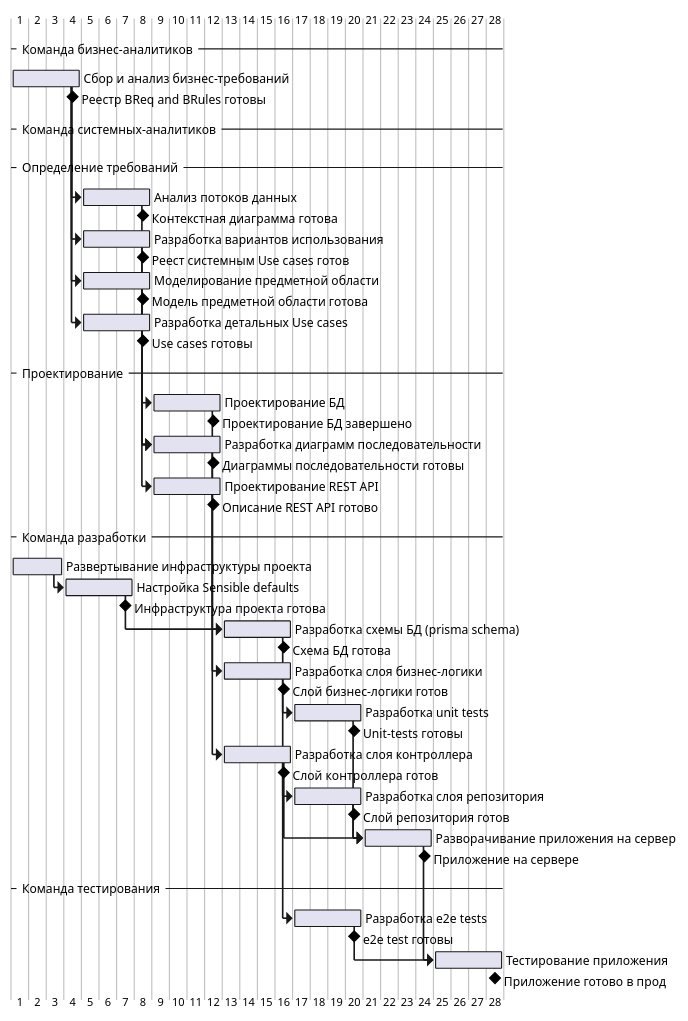
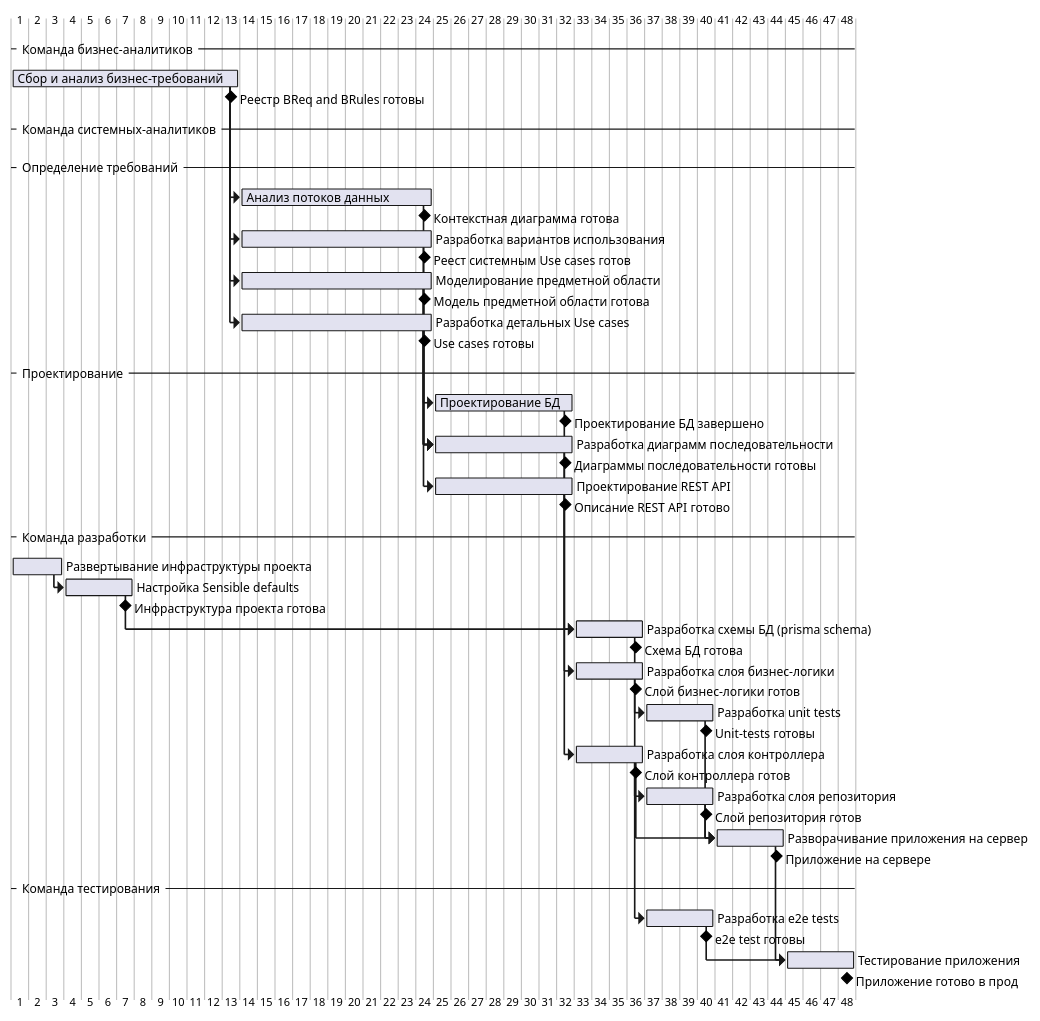
One commit to PortnovAlex80/node_js_pro changed the diagram in api-warehouse/diagrams/ganttflow.iuml. Above: the diagram before and after it, drawn with PlantUML.

```diff
--- a/api-warehouse/diagrams/ganttflow.iuml
+++ b/api-warehouse/diagrams/ganttflow.iuml
@@ -1,90 +1,90 @@
 @startgantt
 language ru
 -- Команда бизнес-аналитиков --
-[Сбор и анализ бизнес-требований] lasts 4 days
+[Сбор и анализ бизнес-требований] lasts 13 days
 [Реестр BReq and BRules готовы] happens at [Сбор и анализ бизнес-требований]'s end
 
 -- Команда системных-аналитиков --
 -- Определение требований --
 
-[Анализ потоков данных] lasts 4 days
+[Анализ потоков данных] lasts 11 days
 [Анализ потоков данных] starts at [Сбор и анализ бизнес-требований]'s end
 [Контекстная диаграмма готова] happens at [Анализ потоков данных]'s end
 
 [Разработка вариантов использования] starts at [Сбор и анализ бизнес-требований]'s end
-[Разработка вариантов использования] lasts 4 days
+[Разработка вариантов использования] lasts 11 days
 [Реест системным Use cases готов] happens at [Разработка вариантов использования]'s end
 
 [Моделирование предметной области] starts at [Сбор и анализ бизнес-требований]'s end
-[Моделирование предметной области] lasts 4 days
+[Моделирование предметной области] lasts 11 days
 [Модель предметной области готова] happens at [Моделирование предметной области]'s end
 
 [Разработка детальных Use cases] starts at [Сбор и анализ бизнес-требований]'s end
-[Разработка детальных Use cases] lasts 4 days
+[Разработка детальных Use cases] lasts 11 days
 [Use cases готовы] happens at [Разработка детальных Use cases]'s end
 
 -- Проектирование --
 
 [Проектирование БД] starts at [Моделирование предметной области]'s end
-[Проектирование БД] lasts 4 days
+[Проектирование БД] lasts 8 days
 [Проектирование БД завершено] happens at [Проектирование БД]'s end
 
 [Разработка диаграмм последовательности] starts at [Анализ потоков данных]'s end
 [Разработка диаграмм последовательности] starts at [Разработка вариантов использования]'s end
 [Разработка диаграмм последовательности] starts at [Моделирование предметной области]'s end
 [Разработка диаграмм последовательности] starts at [Разработка детальных Use cases]'s end
-[Разработка диаграмм последовательности] lasts 4 days
+[Разработка диаграмм последовательности] lasts 8 days
 [Диаграммы последовательности готовы] happens at [Разработка диаграмм последовательности]'s end
 
 [Проектирование REST API] starts at [Разработка детальных Use cases]'s end
-[Проектирование REST API] lasts 4 days
+[Проектирование REST API] lasts 8 days
 [Описание REST API готово] happens at [Проектирование REST API]'s end
 
 
 -- Команда разработки --
 
 [Развертывание инфраструктуры проекта] lasts 3 days
 
 [Настройка Sensible defaults] starts at [Развертывание инфраструктуры проекта]'s end
 [Настройка Sensible defaults] lasts 4 days
 [Инфраструктура проекта готова] happens at [Настройка Sensible defaults]'s end
 
 [Разработка схемы БД (prisma schema)] starts at [Проектирование БД]'s end
 [Разработка схемы БД (prisma schema)] starts at [Настройка Sensible defaults]'s end
 [Разработка схемы БД (prisma schema)] lasts 4 days
 [Схема БД готова] happens at [Разработка схемы БД (prisma schema)]'s end
 
 [Разработка слоя бизнес-логики] starts at [Разработка диаграмм последовательности]'s end
 [Разработка слоя бизнес-логики] lasts 4 days
 [Слой бизнес-логики готов] happens at [Разработка слоя бизнес-логики]'s end
 
 [Разработка unit tests] starts at [Разработка слоя бизнес-логики]'s end
 [Разработка unit tests] lasts 4 days
 [Unit-tests готовы] happens at [Разработка unit tests]'s end
 
 [Разработка слоя контроллера] starts at [Проектирование REST API]'s end
 [Разработка слоя контроллера] lasts 4 days
 [Слой контроллера готов] happens at [Разработка слоя контроллера]'s end
 
 [Разработка слоя репозитория] starts at [Разработка схемы БД (prisma schema)]'s end
 [Разработка слоя репозитория] lasts 4 days
 [Слой репозитория готов] happens at [Разработка слоя репозитория]'s end
 
 [Разворачивание приложения на сервер] starts at [Разработка слоя репозитория]'s end
 [Разворачивание приложения на сервер] starts at [Разработка слоя контроллера]'s end
 [Разворачивание приложения на сервер] starts at [Разработка unit tests]'s end
 
 [Разворачивание приложения на сервер] lasts 4 days
 [Приложение на сервере] happens at [Разворачивание приложения на сервер]'s end
 -- Команда тестирования --
 
 
 [Разработка e2e tests] starts at [Разработка слоя контроллера]'s end
 [Разработка e2e tests] lasts 4 days
 [e2e test готовы] happens at [Разработка e2e tests]'s end
 
 [Тестирование приложения] starts at [Разворачивание приложения на сервер]'s end
 [Тестирование приложения] starts at [Разработка e2e tests]'s end
 [Тестирование приложения] lasts 4 days
 [Приложение готово в прод] happens at [Тестирование приложения]'s end
 @endgantt
```
